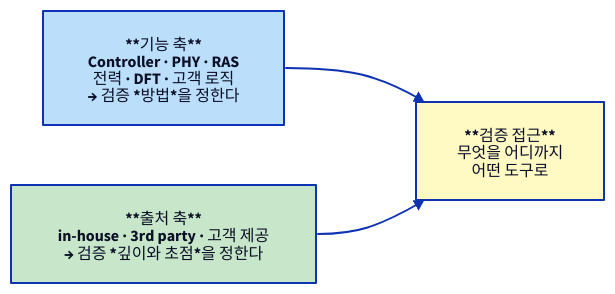
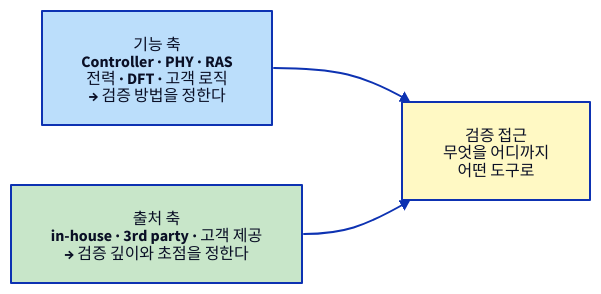
The diagram in starlight_site/src/content/docs/hbm/06_base_die_soc.md (humbleowl39/DV_SKOOL), drawn with D2 before and after one commit. The commit also changed 714 other files, not shown here.

First line of the commit message:
fix(site): d2 다이어그램 가독성 결함 6종 일괄 수정

````diff
--- a/starlight_site/src/content/docs/hbm/06_base_die_soc.md
+++ b/starlight_site/src/content/docs/hbm/06_base_die_soc.md
@@ -67,21 +67,21 @@
 ```d2
 direction: right
 
-FUNC: "**기능 축**\nController · PHY · RAS\n전력 · DFT · 고객 로직\n→ 검증 *방법*을 정한다" {
+FUNC: "기능 축\nController · PHY · RAS\n전력 · DFT · 고객 로직\n→ 검증 방법을 정한다" {
   style.fill: "#bbdefb"
   style.font-color: "#0A0F25"
 }
 
-SRC: "**출처 축**\nin-house · 3rd party · 고객 제공\n→ 검증 *깊이와 초점*을 정한다" {
+SRC: "출처 축\nin-house · 3rd party · 고객 제공\n→ 검증 깊이와 초점을 정한다" {
   style.fill: "#c8e6c9"
   style.font-color: "#0A0F25"
 }
 
-PLAN: "**검증 접근**\n무엇을 어디까지\n어떤 도구로" {
+PLAN: "검증 접근\n무엇을 어디까지\n어떤 도구로" {
   style.fill: "#fff9c4"
   style.font-color: "#0A0F25"
 }
 
 FUNC -> PLAN
 SRC -> PLAN
 ```
````
